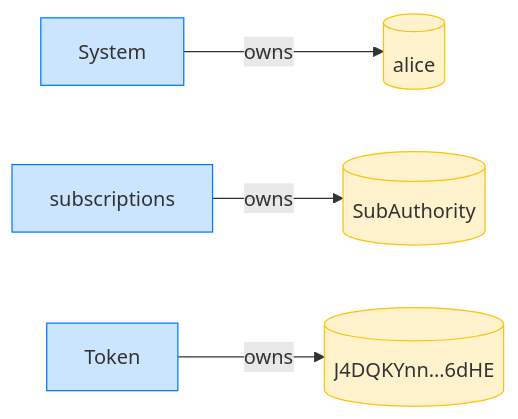
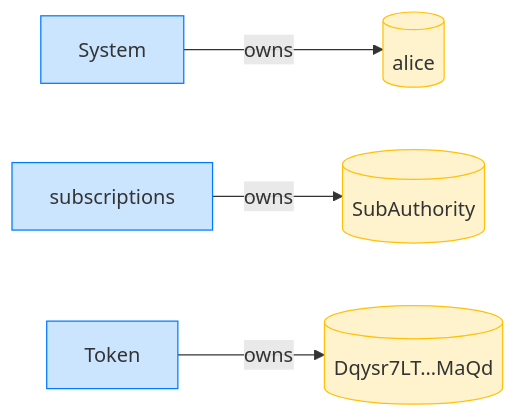
One commit to cds-rs/subscriptions changed the fourth of 16 diagrams in dsl_tests/transfer-subscription--the-period-rolls-over.md. Above: the diagram before and after it, drawn with Mermaid. The commit also changed other lines of this file and 224 other files, not shown here.

````diff
--- a/dsl_tests/transfer-subscription--the-period-rolls-over.md
+++ b/dsl_tests/transfer-subscription--the-period-rolls-over.md
@@ -73,14 +78,14 @@
 ```mermaid
 flowchart LR
     classDef owner fill:#cce5ff,stroke:#007bff;
     classDef account fill:#fff3cd,stroke:#ffc107;
     System[System]:::owner
     alice[(alice)]:::account
     subscriptions[subscriptions]:::owner
     SubAuthority[(SubAuthority)]:::account
     Token[Token]:::owner
-    J4DQKYnn_6dHE[("J4DQKYnn…6dHE")]:::account
+    Dqysr7LT_MaQd[("Dqysr7LT…MaQd")]:::account
     System -->|owns| alice
     subscriptions -->|owns| SubAuthority
-    Token -->|owns| J4DQKYnn_6dHE
+    Token -->|owns| Dqysr7LT_MaQd
 ```
````
